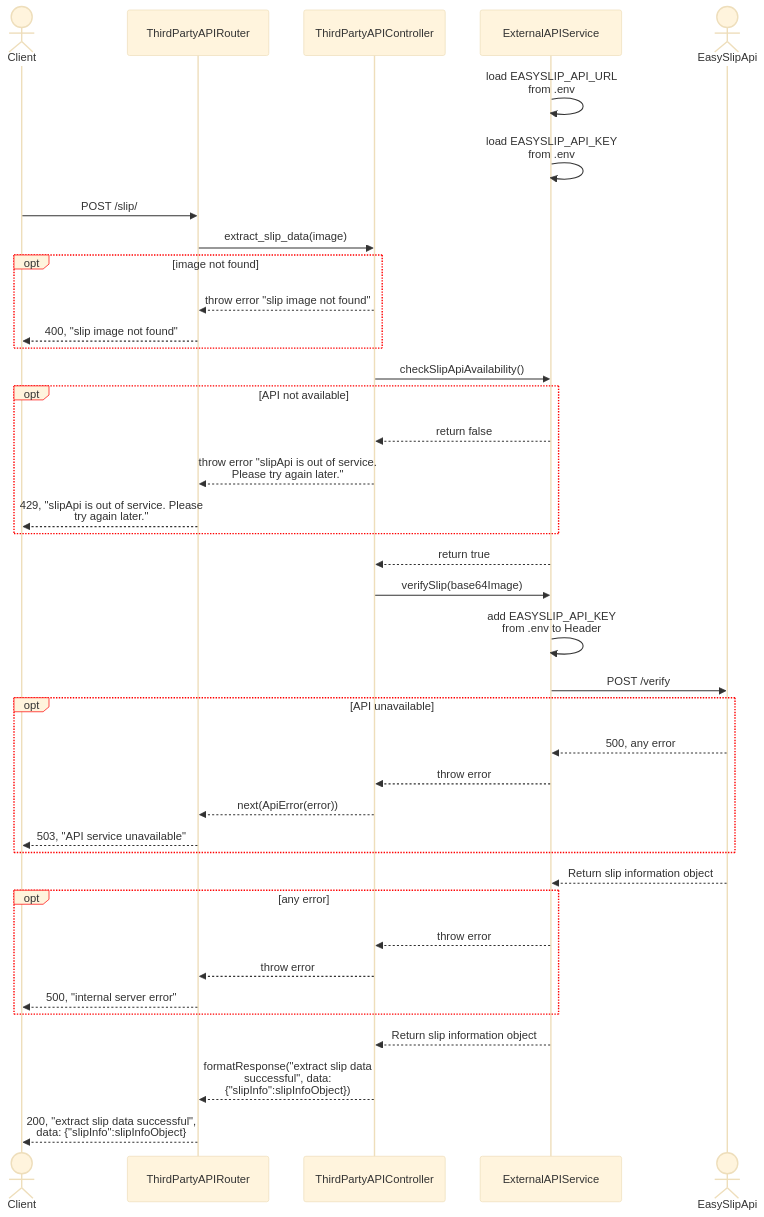
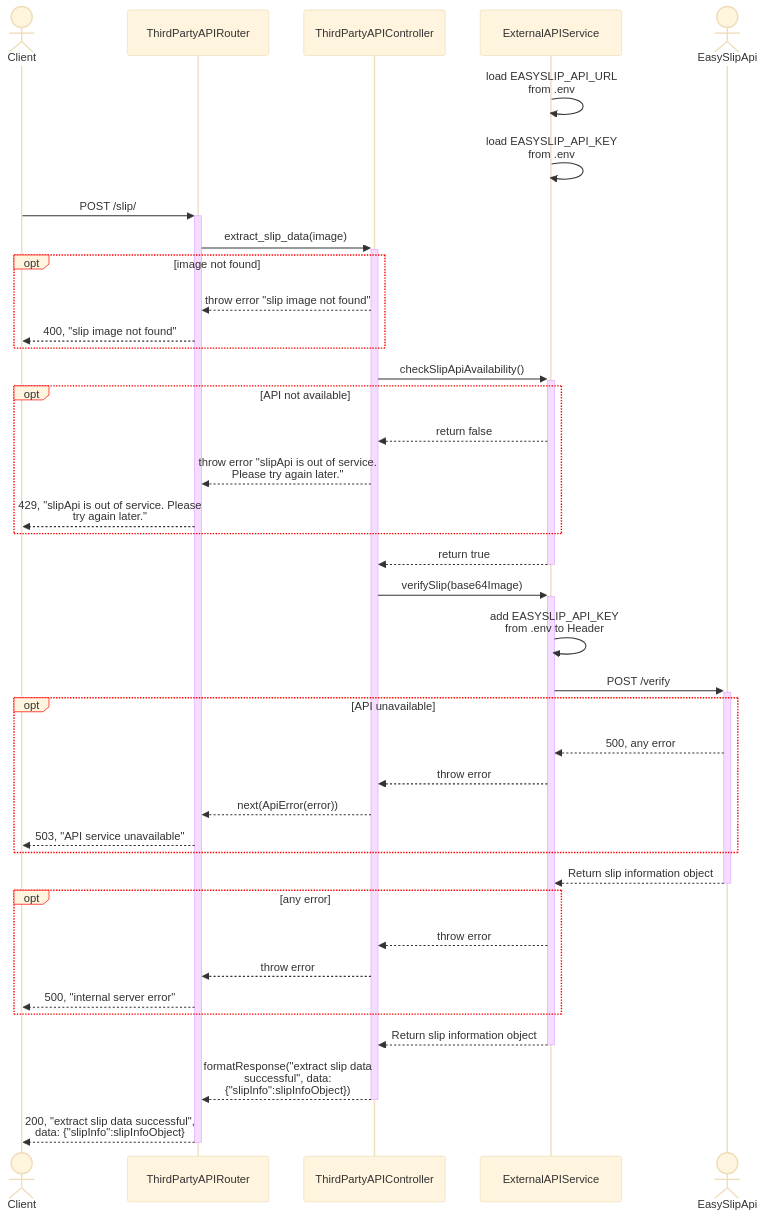
Before and after one commit to SawatKia/WealthTracking: the diagram in design/api/SlipData.mmd, drawn with Mermaid. The commit also changed 1 other file, not shown here.

```diff
--- a/design/api/SlipData.mmd
+++ b/design/api/SlipData.mmd
@@ -1,57 +1,57 @@
 %%{
     init: {
         "theme":"base",
         "themeVariables": {
             "fontFamily": "system-ui",
             'labelBoxBorderColor': '#ff0000'
         },
         "sequence": { 
             "wrap": true, 
             "width": 202 
         } 
     }
 }%%
 sequenceDiagram
     Actor Client
     participant Router as ThirdPartyAPIRouter
     participant Cont as ThirdPartyAPIController
     participant ApiClient as ExternalAPIService
     Actor Api as EasySlipApi
     %% EASYSLIP_API document = "https://developer.easyslip.com/document"
 
     %% add EASYSLIP_API_URL = "https://developer.easyslip.com/api/v1"<br>to .env
     %% add EASYSLIP_API_KEY from Easy api to .env
     
     ApiClient->>ApiClient: load EASYSLIP_API_URL from .env
     ApiClient->>ApiClient: load EASYSLIP_API_KEY from .env
-    Client->>Router: POST /slip/
-    Router->>Cont: extract_slip_data(image)
+    Client->>+Router: POST /slip/
+    Router->>+Cont: extract_slip_data(image)
     opt image not found
         Cont-->>Router: throw error "slip image not found"
         Router-->>Client: 400, "slip image not found"
     end
-    Cont->>ApiClient: checkSlipApiAvailability()
+    Cont->>+ApiClient: checkSlipApiAvailability()
     opt API not available
         ApiClient-->>Cont: return false
         Cont-->>Router: throw error "slipApi is out of service. Please try again later."
         Router-->>Client: 429, "slipApi is out of service. Please try again later."
     end
-    ApiClient-->>Cont: return true
-    Cont->>ApiClient: verifySlip(base64Image)
+    ApiClient-->>-Cont: return true
+    Cont->>+ApiClient: verifySlip(base64Image)
     ApiClient->>ApiClient: add EASYSLIP_API_KEY from .env to Header
-    ApiClient->>Api: POST /verify
+    ApiClient->>+Api: POST /verify
     opt API unavailable
         Api-->>ApiClient: 500, any error
         ApiClient-->>Cont: throw error 
         Cont-->>Router: next(ApiError(error)) 
         Router-->>Client: 503, "API service unavailable"
     end
-    Api-->>ApiClient: Return slip information object
+    Api-->>-ApiClient: Return slip information object
     opt any error
         ApiClient-->>Cont: throw error
         Cont-->>Router: throw error 
         Router-->>Client: 500, "internal server error"
     end
-    ApiClient-->>Cont: Return slip information object
-    Cont-->>Router: formatResponse("extract slip data successful", data: {"slipInfo":slipInfoObject})
-    Router-->>Client: 200, "extract slip data successful", data: {"slipInfo":slipInfoObject}
+    ApiClient-->>-Cont: Return slip information object
+    Cont-->>-Router: formatResponse("extract slip data successful", data: {"slipInfo":slipInfoObject})
+    Router-->>-Client: 200, "extract slip data successful", data: {"slipInfo":slipInfoObject}
```
